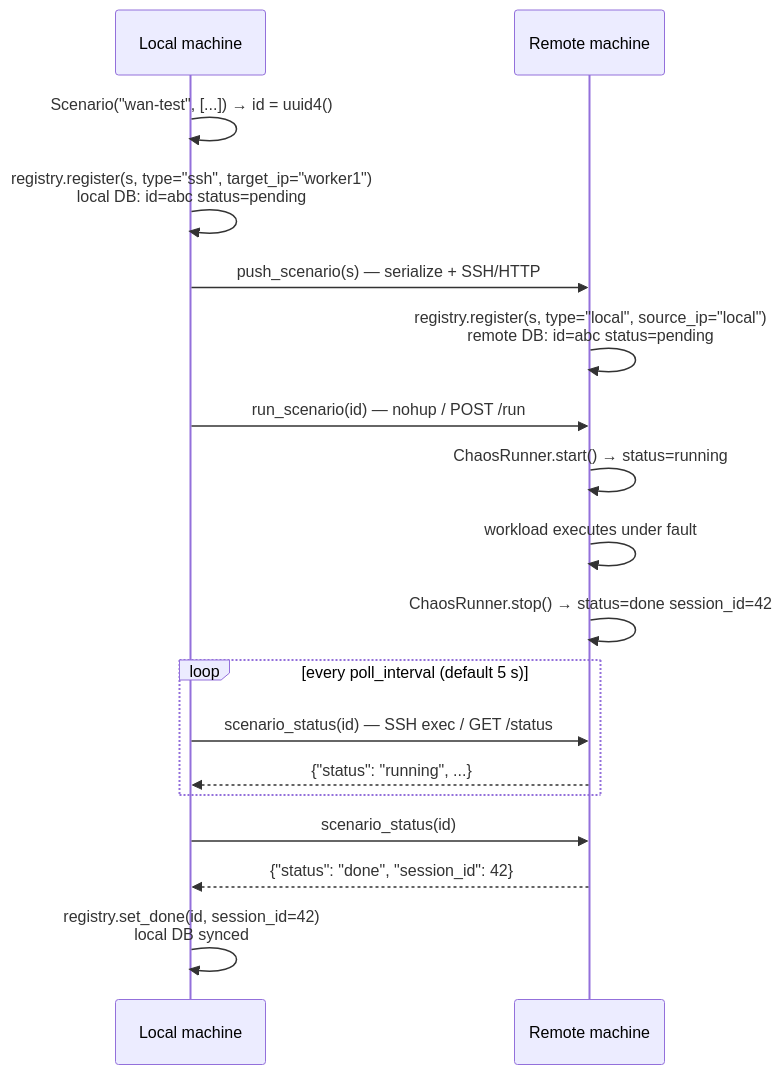
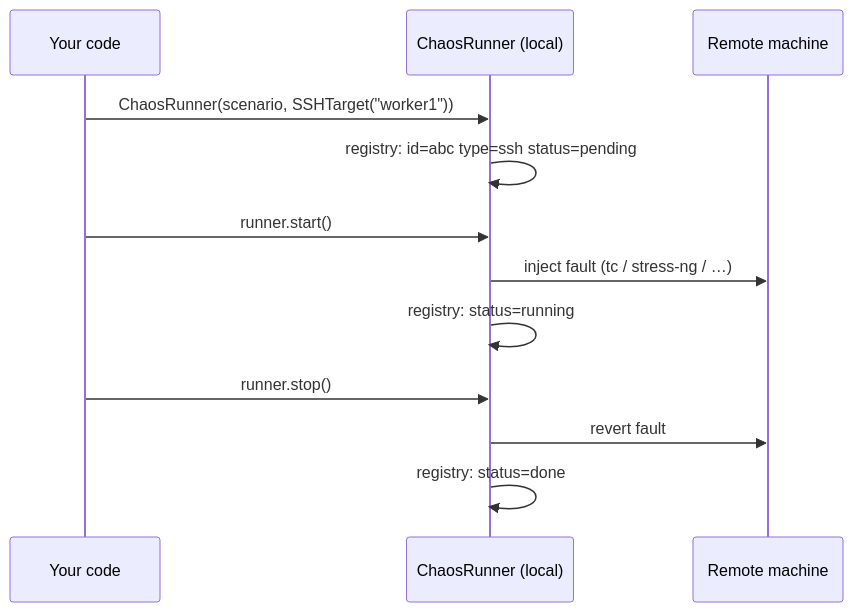
One commit to swarmourr/CJ changed the first of 2 diagrams in docs/guides/registry.rst. Above: the diagram before and after it, drawn with Mermaid. The commit also changed other lines of this file and 6 other files, not shown here.

First line of the commit message:
refactor: make ScenarioRegistry fully internal — users only observe via CLI

```diff
--- a/docs/guides/registry.rst
+++ b/docs/guides/registry.rst
@@ -20,21 +18,15 @@
 .. mermaid::
 
    sequenceDiagram
-       participant L as Local machine
+       participant U as Your code
+       participant CJ as ChaosRunner (local)
        participant R as Remote machine
 
-       L->>L: Scenario("wan-test", [...]) → id = uuid4()
-       L->>L: registry.register(s, type="ssh", target_ip="worker1")<br/>local DB: id=abc  status=pending
-       L->>R: push_scenario(s) — serialize + SSH/HTTP
-       R->>R: registry.register(s, type="local", source_ip="local")<br/>remote DB: id=abc  status=pending
-       L->>R: run_scenario(id) — nohup / POST /run
-       R->>R: ChaosRunner.start() → status=running
-       R->>R: workload executes under fault
-       R->>R: ChaosRunner.stop() → status=done  session_id=42
-       loop every poll_interval (default 5 s)
-           L->>R: scenario_status(id) — SSH exec / GET /status
-           R-->>L: {"status": "running", ...}
-       end
-       L->>R: scenario_status(id)
-       R-->>L: {"status": "done", "session_id": 42}
-       L->>L: registry.set_done(id, session_id=42)<br/>local DB synced
+       U->>CJ: ChaosRunner(scenario, SSHTarget("worker1"))
+       CJ->>CJ: registry: id=abc  type=ssh  status=pending
+       U->>CJ: runner.start()
+       CJ->>R: inject fault (tc / stress-ng / …)
+       CJ->>CJ: registry: status=running
+       U->>CJ: runner.stop()
+       CJ->>R: revert fault
+       CJ->>CJ: registry: status=done
```
